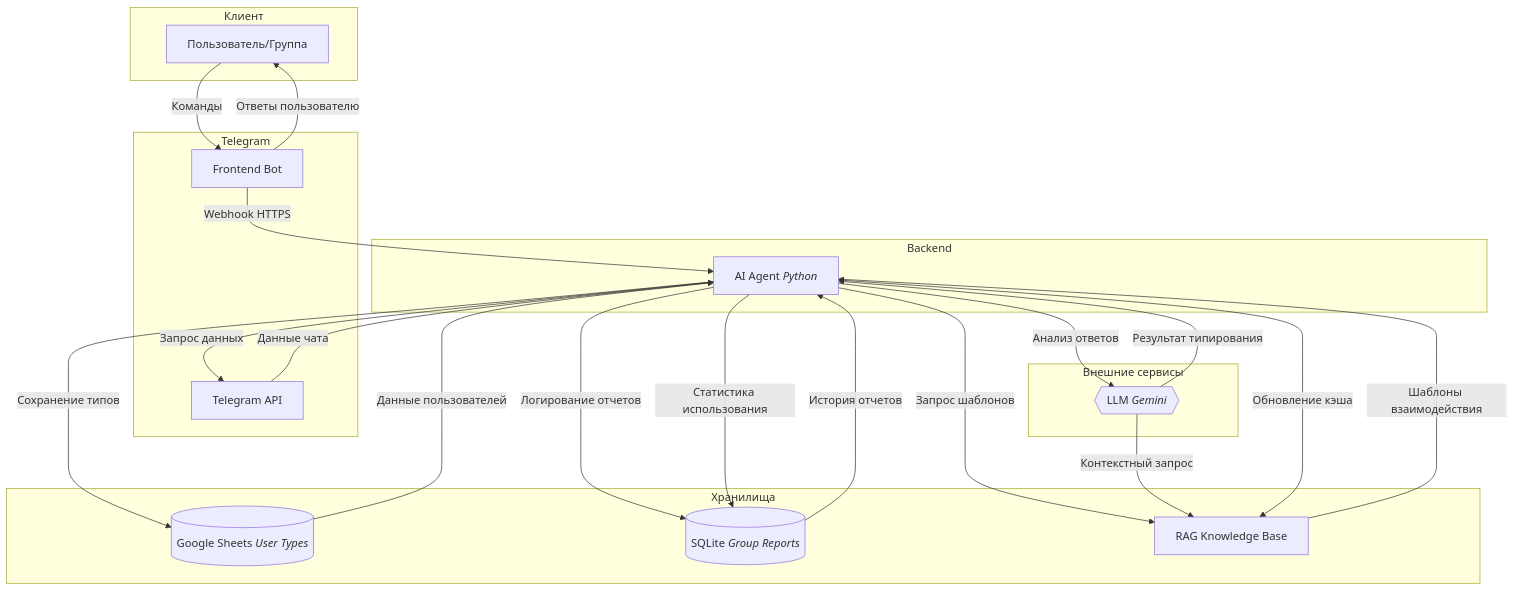
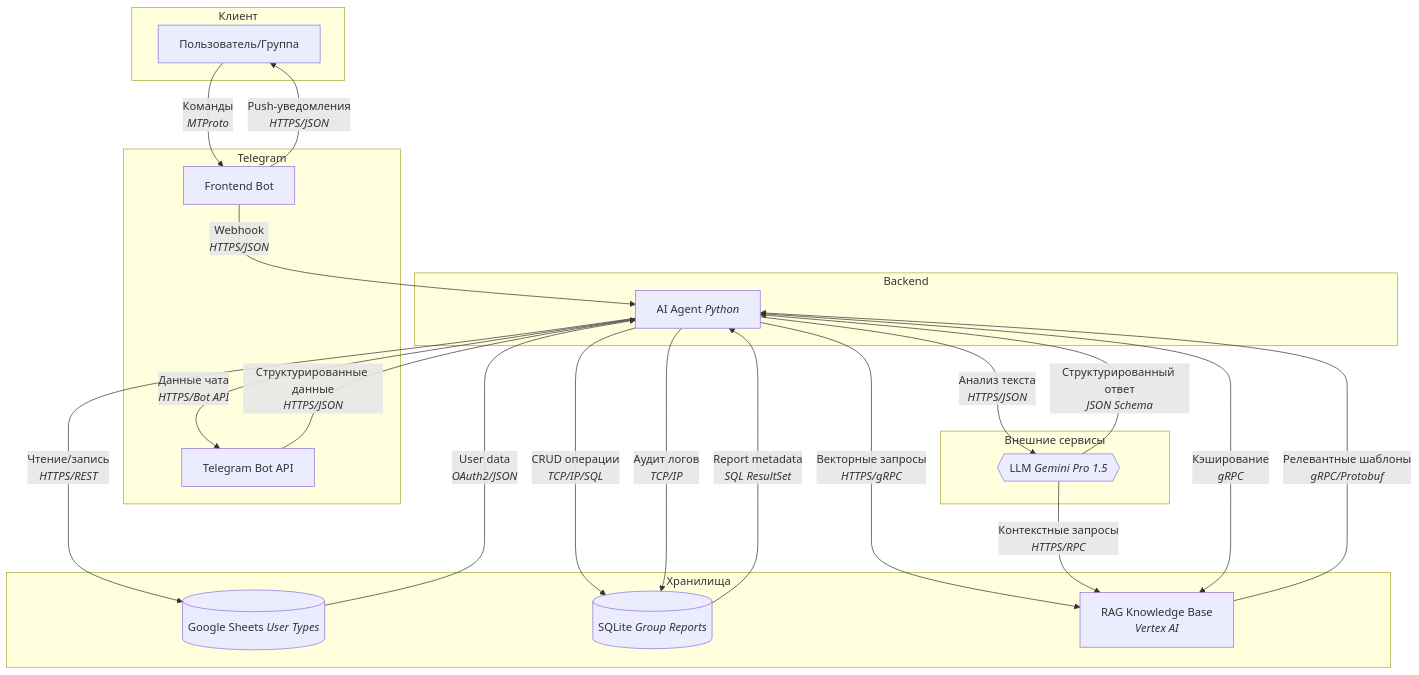
One commit to toxicneka/catlover changed the diagram in README.md. Above: the diagram before and after it, drawn with Mermaid.

````diff
--- a/README.md
+++ b/README.md
@@ -1,47 +1,47 @@
 ```mermaid
 graph TD
     subgraph "Клиент"
         A[Пользователь/Группа]
     end
 
     subgraph "Telegram"
         B[Frontend Bot]
-        I[Telegram API]
+        I[Telegram Bot API]
     end
 
     subgraph "Backend"
         D[AI Agent <i>Python</i>]
     end
 
     subgraph "Хранилища"
         E[(Google Sheets <i>User Types</i>)]
         F[(SQLite <i>Group Reports</i>)]
-        J[RAG Knowledge Base]
+        J[RAG Knowledge Base<br><i>Vertex AI</i>]
     end
 
     subgraph "Внешние сервисы"
-        G{{LLM <i>Gemini</i>}}
+        G{{LLM <i>Gemini Pro 1.5</i>}}
     end
 
-    %% Прямые связи
-    A -- Команды --> B
-    B -- Webhook HTTPS --> D
-    D -- Запрос данных --> I
-    D -- Запрос шаблонов --> J
-    D -- Анализ ответов --> G
-    D -- Сохранение типов --> E
-    D -- Логирование отчетов --> F
-    G -- Контекстный запрос --> J
+    %% Прямые связи с протоколами
+    A -- Команды<br><i>MTProto</i> --> B
+    B -- Webhook<br><i>HTTPS/JSON</i> --> D
+    D -- Чтение/запись<br><i>HTTPS/REST</i> --> E
+    D -- CRUD операции<br><i>TCP/IP/SQL</i> --> F
+    D -- Векторные запросы<br><i>HTTPS/gRPC</i> --> J
+    D -- Анализ текста<br><i>HTTPS/JSON</i> --> G
+    D -- Данные чата<br><i>HTTPS/Bot API</i> --> I
+    G -- Контекстные запросы<br><i>HTTPS/RPC</i> --> J
     
-    %% Обратные связи (ответы)
-    B -- Ответы пользователю --> A
-    I -- Данные чата --> D
-    J -- Шаблоны взаимодействия --> D
-    G -- Результат типирования --> D
-    E -- Данные пользователей --> D
-    F -- История отчетов --> D
+    %% Обратные связи с протоколами
+    B -- Push-уведомления<br><i>HTTPS/JSON</i> --> A
+    I -- Структурированные данные<br><i>HTTPS/JSON</i> --> D
+    J -- Релевантные шаблоны<br><i>gRPC/Protobuf</i> --> D
+    G -- Структурированный ответ<br><i>JSON Schema</i> --> D
+    E -- User data<br><i>OAuth2/JSON</i> --> D
+    F -- Report metadata<br><i>SQL ResultSet</i> --> D
     
     %% Дополнительные связи
-    D -- Обновление кэша --> J
-    D -- Статистика использования --> F
+    D -- Кэширование<br><i>gRPC</i> --> J
+    D -- Аудит логов<br><i>TCP/IP</i> --> F
 ```
````
